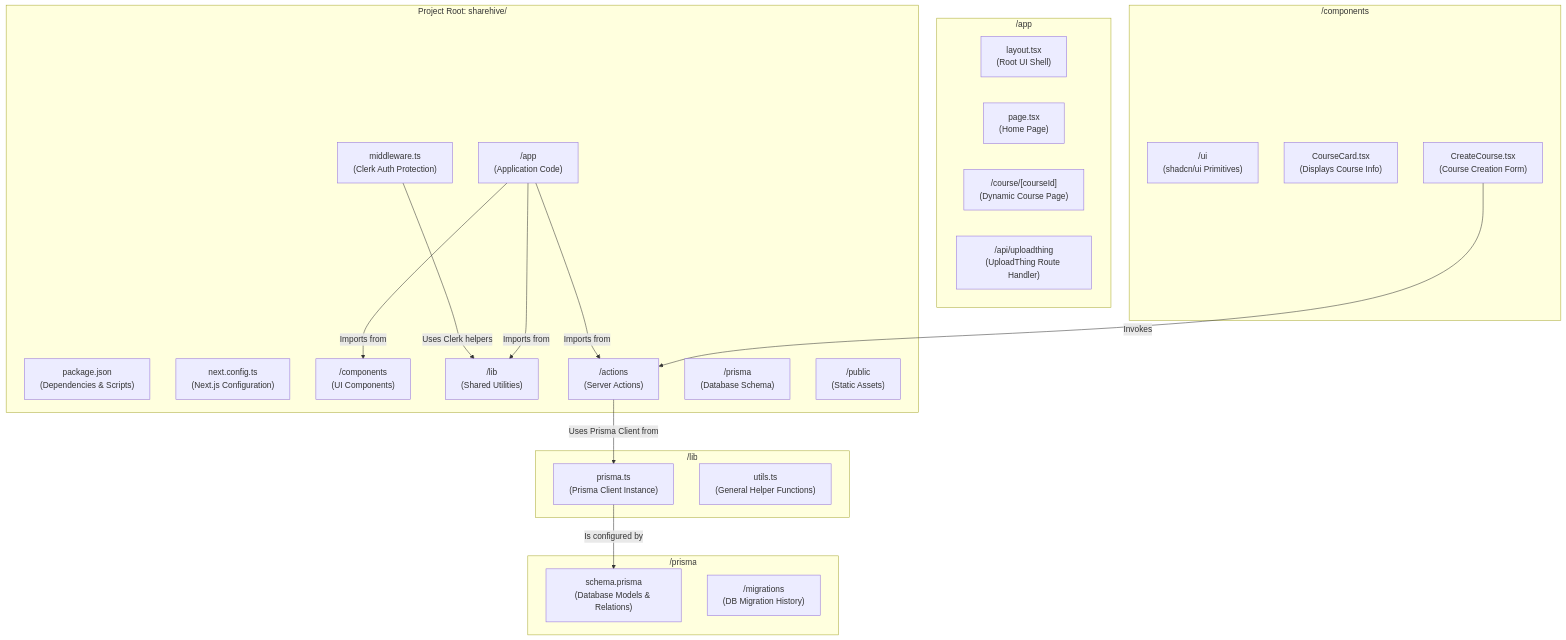
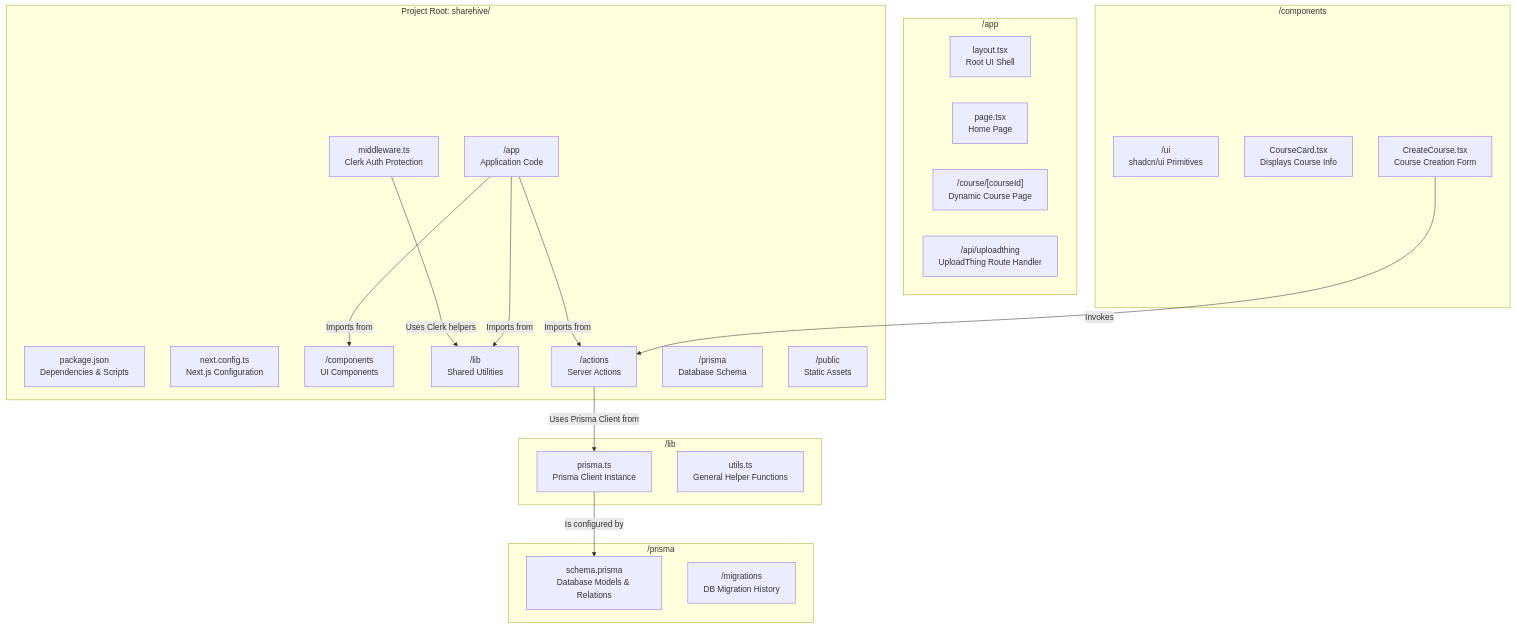
Before and after one commit to UE5DefaultDev/sharehive: the second of 2 diagrams in docs/architecture.md, drawn with Mermaid. The commit also changed other lines of this file and 7 other files, not shown here.

Commit message:
fixed mermaid errors

````diff
--- a/docs/architecture.md
+++ b/docs/architecture.md
@@ -62,43 +62,43 @@
 ```mermaid
 graph TD
     subgraph "Project Root: sharehive/"
-        A["package.json<br>(Dependencies & Scripts)"]
-        B["next.config.ts<br>(Next.js Configuration)"]
-        C["middleware.ts<br>(Clerk Auth Protection)"]
-        D["/app<br>(Application Code)"]
-        E["/components<br>(UI Components)"]
-        F["/lib<br>(Shared Utilities)"]
-        G["/actions<br>(Server Actions)"]
-        H["/prisma<br>(Database Schema)"]
-        I["/public<br>(Static Assets)"]
+        A["package.json<br>Dependencies & Scripts"]
+        B["next.config.ts<br>Next.js Configuration"]
+        C["middleware.ts<br>Clerk Auth Protection"]
+        D["/app<br>Application Code"]
+        E["/components<br>UI Components"]
+        F["/lib<br>Shared Utilities"]
+        G["/actions<br>Server Actions"]
+        H["/prisma<br>Database Schema"]
+        I["/public<br>Static Assets"]
     end
 
     subgraph "/app"
-        D1["layout.tsx<br>(Root UI Shell)"]
-        D2["page.tsx<br>(Home Page)"]
-        D3["/course/[courseId]<br>(Dynamic Course Page)"]
-        D4["/api/uploadthing<br>(UploadThing Route Handler)"]
+        D1["layout.tsx<br>Root UI Shell"]
+        D2["page.tsx<br>Home Page"]
+        D3["/course/[courseId]<br>Dynamic Course Page"]
+        D4["/api/uploadthing<br>UploadThing Route Handler"]
     end
 
     subgraph "/components"
-        E1["/ui<br>(shadcn/ui Primitives)"]
-        E2["CourseCard.tsx<br>(Displays Course Info)"]
-        E3["CreateCourse.tsx<br>(Course Creation Form)"]
+        E1["/ui<br>shadcn/ui Primitives"]
+        E2["CourseCard.tsx<br>Displays Course Info"]
+        E3["CreateCourse.tsx<br>Course Creation Form"]
     end
 
     subgraph "/lib"
-        F1["prisma.ts<br>(Prisma Client Instance)"]
-        F2["utils.ts<br>(General Helper Functions)"]
+        F1["prisma.ts<br>Prisma Client Instance"]
+        F2["utils.ts<br>General Helper Functions"]
     end
     
     subgraph "/prisma"
-        H1["schema.prisma<br>(Database Models & Relations)"]
-        H2["/migrations<br>(DB Migration History)"]
+        H1["schema.prisma<br>Database Models & Relations"]
+        H2["/migrations<br>DB Migration History"]
     end
 
     C -- "Uses Clerk helpers" --> F
     D -- "Imports from" --> E & F & G
     E3 -- "Invokes" --> G
     G -- "Uses Prisma Client from" --> F1
     F1 -- "Is configured by" --> H1
 ```
````
